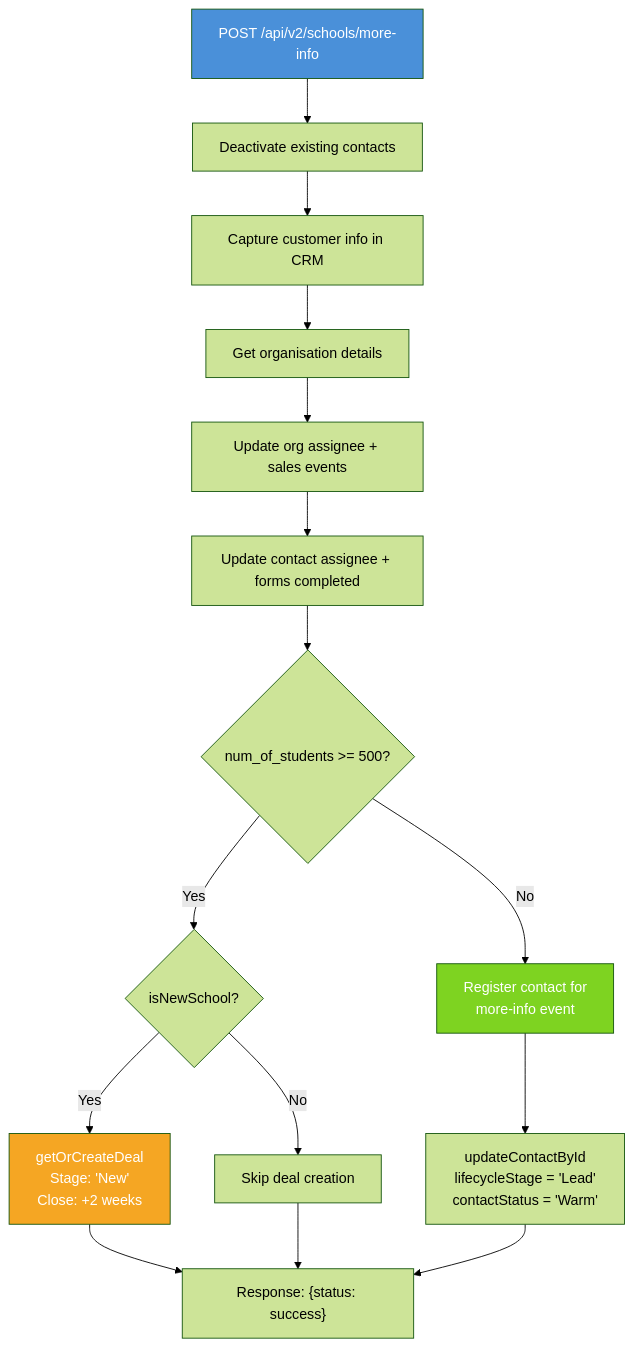
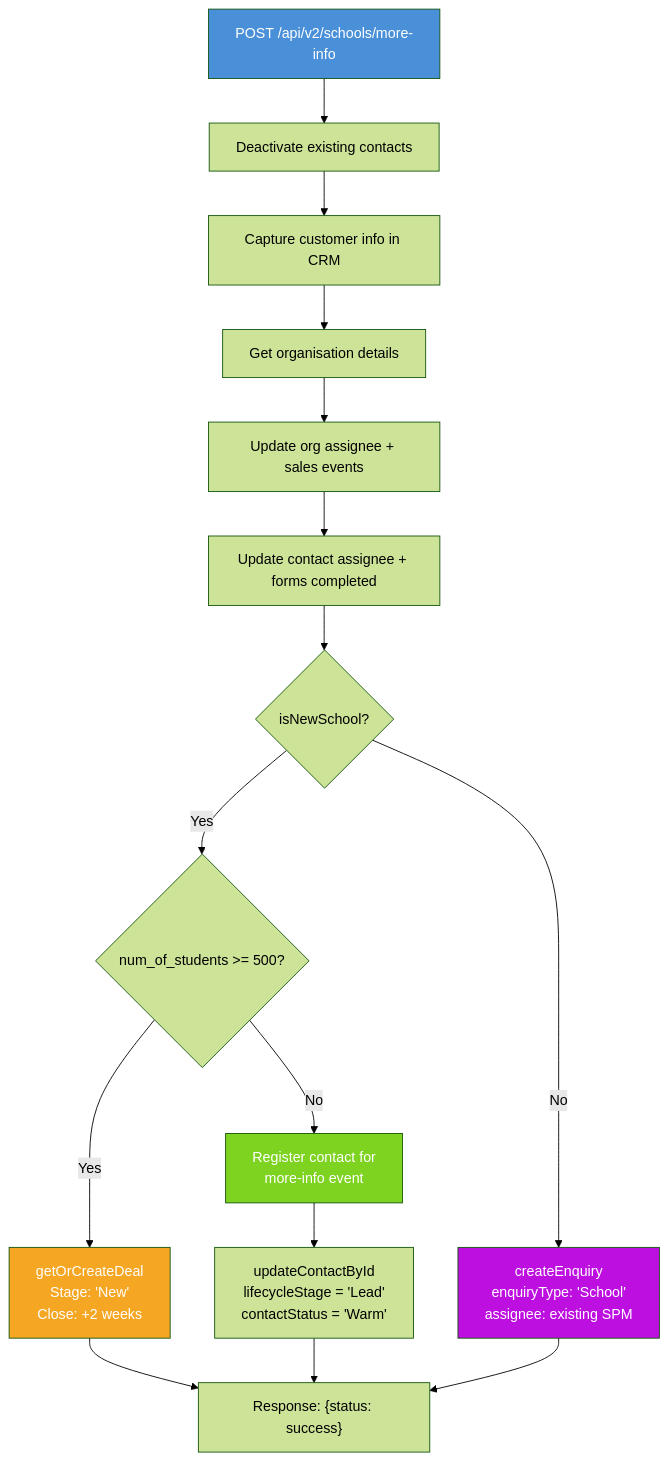
Before and after one commit to The-Resilience-Project/integrations: the second of 5 diagrams in docs/v2/schools.md, drawn with Mermaid (forest theme). The commit also changed other lines of this file and 3 other files, not shown here.

First line of the commit message:
Route existing-school more-info requests to enquiry, not event registration

````diff
--- a/docs/v2/schools.md
+++ b/docs/v2/schools.md
@@ -140,24 +140,25 @@
 ```mermaid
 flowchart TD
     A[POST /api/v2/schools/more-info] --> B[Deactivate existing contacts]
     B --> C[Capture customer info in CRM]
     C --> D[Get organisation details]
     D --> E[Update org assignee + sales events]
     E --> F[Update contact assignee + forms completed]
-    F --> G{num_of_students >= 500?}
+    F --> G{isNewSchool?}
 
-    G -->|Yes| H{isNewSchool?}
+    G -->|No| N["createEnquiry<br/>enquiryType: 'School'<br/>assignee: existing SPM"]
+
+    G -->|Yes| H{num_of_students >= 500?}
     H -->|Yes| I["getOrCreateDeal<br/>Stage: 'New'<br/>Close: +2 weeks"]
-    H -->|No| J[Skip deal creation]
-
-    G -->|No| K[Register contact for<br/>more-info event]
+    H -->|No| K[Register contact for<br/>more-info event]
     K --> L["updateContactById<br/>lifecycleStage = 'Lead'<br/>contactStatus = 'Warm'"]
 
     I --> M["Response: {status: success}"]
-    J --> M
     L --> M
+    N --> M
 
     style A fill:#4a90d9,color:#fff
     style I fill:#f5a623,color:#fff
     style K fill:#7ed321,color:#fff
+    style N fill:#bd10e0,color:#fff
 ```
````
